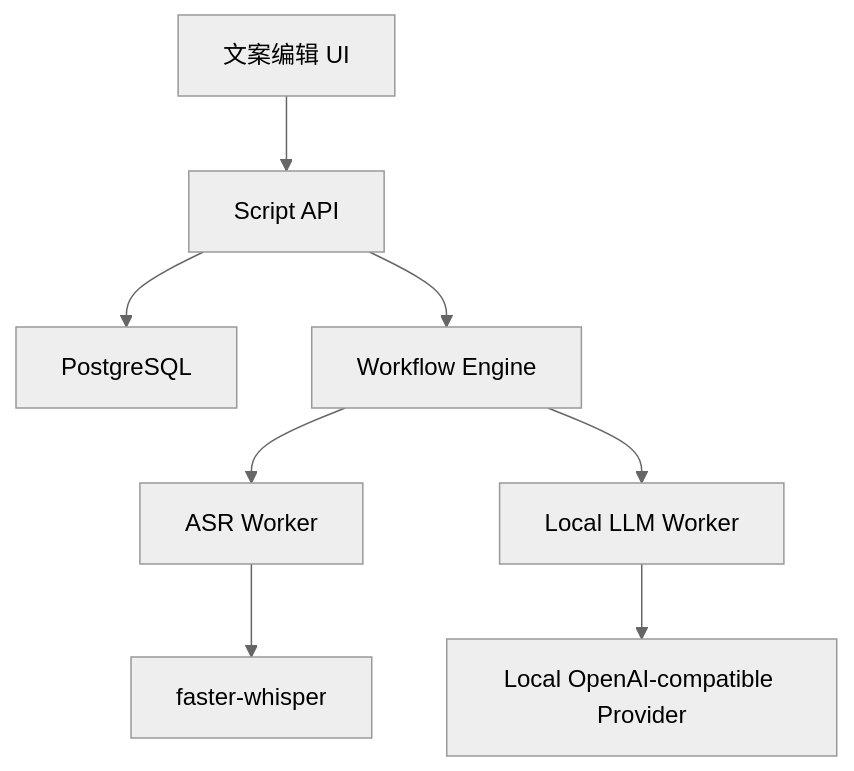
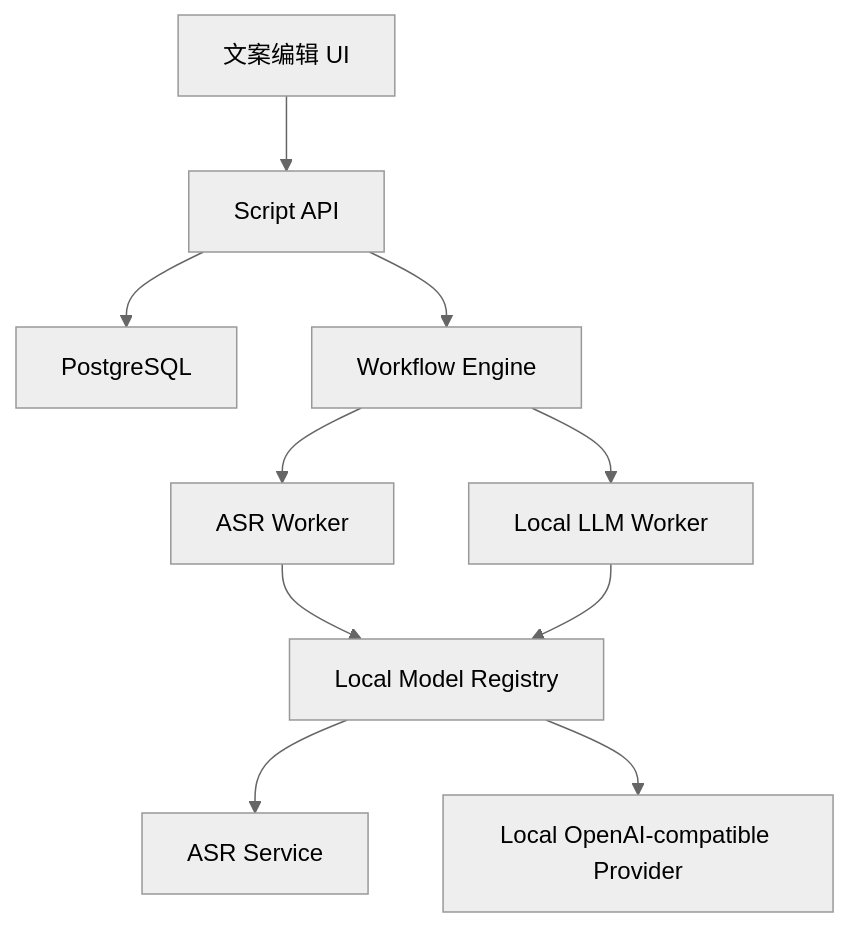
Before and after one commit to liwei333/VoFlow_platform: the diagram in .kiro/specs/voflow-script-ai/design.md, drawn with Mermaid (neutral theme). The commit also changed other lines of this file and 37 other files, not shown here.

````diff
--- a/.kiro/specs/voflow-script-ai/design.md
+++ b/.kiro/specs/voflow-script-ai/design.md
@@ -9,10 +9,12 @@
 ```mermaid
 flowchart TB
     UI["文案编辑 UI"] --> API["Script API"]
     API --> DB["PostgreSQL"]
     API --> Workflow["Workflow Engine"]
     Workflow --> ASR["ASR Worker"]
     Workflow --> LLM["Local LLM Worker"]
-    ASR --> Whisper["faster-whisper"]
-    LLM --> Provider["Local OpenAI-compatible Provider"]
+    ASR --> Registry["Local Model Registry"]
+    LLM --> Registry
+    Registry --> Whisper["ASR Service"]
+    Registry --> Provider["Local OpenAI-compatible Provider"]
 ```
````
